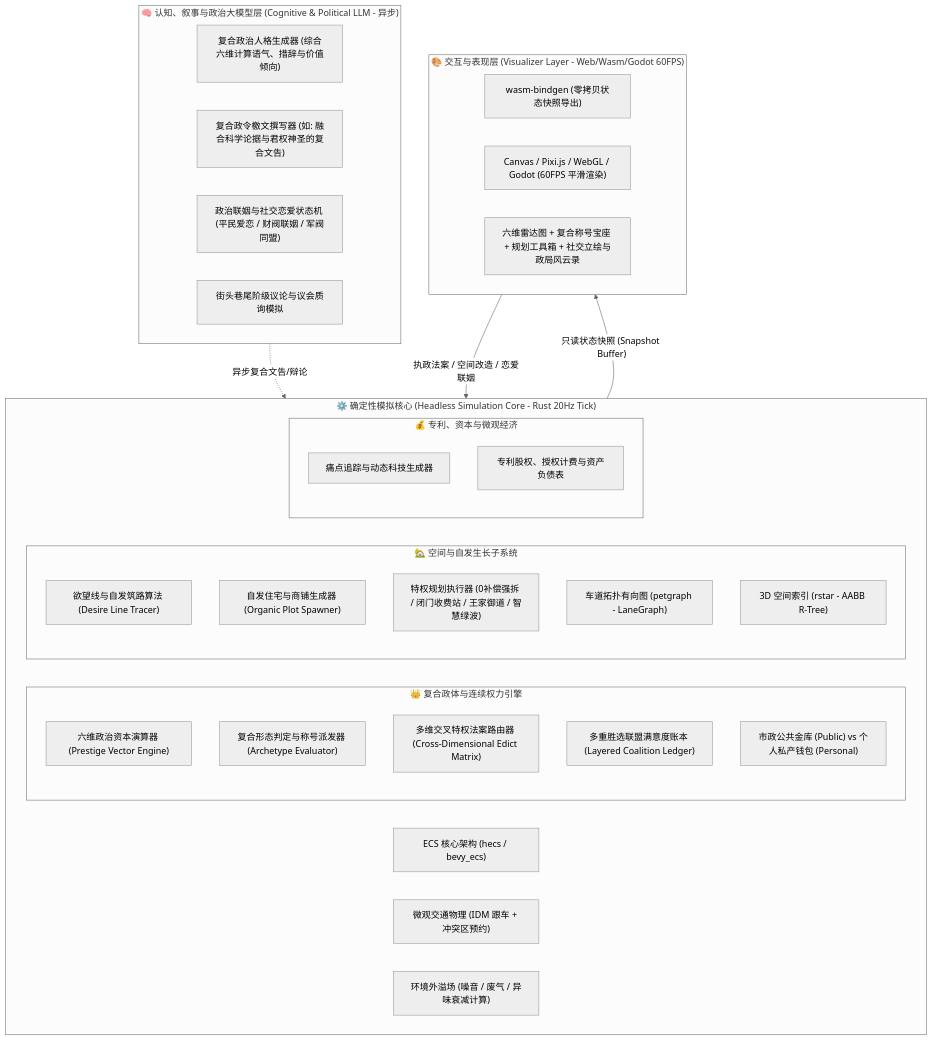
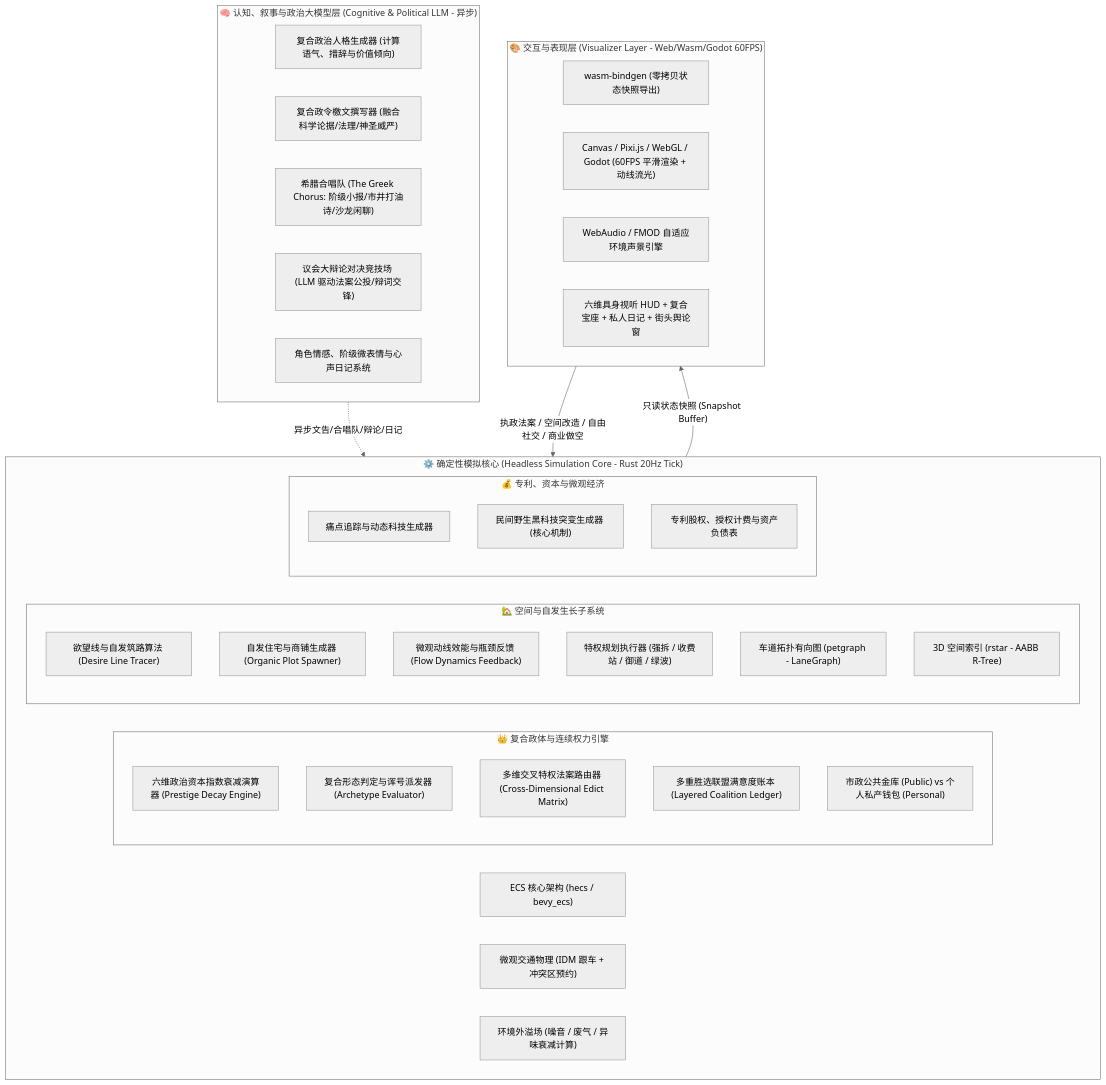
Before and after one commit to g39088902/FlowAndAccord: the seventh of 9 diagrams in PLAN.md, drawn with Mermaid (neutral theme). The commit also changed other lines of this file and 16 other files, not shown here.

Commit message:
feat(sim_core, frontend): implement 3D spatial engine, tilted terrain (±30m), and covert road/agent mechanics

````diff
--- a/PLAN.md
+++ b/PLAN.md
@@ -240,47 +289,51 @@
 ```mermaid
 graph TB
     subgraph Cognitive ["🧠 认知、叙事与政治大模型层 (Cognitive & Political LLM - 异步)"]
-        LLMProfile["复合政治人格生成器 (综合六维计算语气、措辞与价值倾向)"]
-        EdictNarrator["复合政令檄文撰写器 (如: 融合科学论据与君权神圣的复合文告)"]
-        DynasticRomance["政治联姻与社交恋爱状态机 (平民爱恋 / 财阀联姻 / 军阀同盟)"]
-        DiscourseSimulator["街头巷尾阶级议论与议会质询模拟"]
+        LLMProfile["复合政治人格生成器 (计算语气、措辞与价值倾向)"]
+        EdictNarrator["复合政令檄文撰写器 (融合科学论据/法理/神圣威严)"]
+        GreekChorus["希腊合唱队 (The Greek Chorus: 阶级小报/市井打油诗/沙龙闲聊)"]
+        ParliamentaryArena["议会大辩论对决竞技场 (LLM 驱动法案公投/辩词交锋)"]
+        DynasticRomance["角色情感、阶级微表情与心声日记系统"]
     end
 
     subgraph Core ["⚙️ 确定性模拟核心 (Headless Simulation Core - Rust 20Hz Tick)"]
         ECS["ECS 核心架构 (hecs / bevy_ecs)"]
         
         subgraph HybridPoliticalCore ["👑 复合政体与连续权力引擎"]
-            PrestigeVectorEngine["六维政治资本演算器 (Prestige Vector Engine)"]
-            ArchetypeEvaluator["复合形态判定与称号派发器 (Archetype Evaluator)"]
+            PrestigeVectorEngine["六维政治资本指数衰减演算器 (Prestige Decay Engine)"]
+            ArchetypeEvaluator["复合形态判定与诨号派发器 (Archetype Evaluator)"]
             EdictUnlockMatrix["多维交叉特权法案路由器 (Cross-Dimensional Edict Matrix)"]
             CoalitionLedger["多重胜选联盟满意度账本 (Layered Coalition Ledger)"]
             DualTreasury["市政公共金库 (Public) vs 个人私产钱包 (Personal)"]
         end
 
         subgraph SpatialCore ["🏡 空间与自发生长子系统"]
             DesireLine["欲望线与自发筑路算法 (Desire Line Tracer)"]
             OrganicBuild["自发住宅与商铺生成器 (Organic Plot Spawner)"]
-            EdictPlanner["特权规划执行器 (0补偿强拆 / 闭门收费站 / 王家御道 / 智慧绿波)"]
+            FlowDynamics["微观动线效能与瓶颈反馈 (Flow Dynamics Feedback)"]
+            EdictPlanner["特权规划执行器 (强拆 / 收费站 / 御道 / 绿波)"]
             Topology["车道拓扑有向图 (petgraph - LaneGraph)"]
             SpatialIndex["3D 空间索引 (rstar - AABB R-Tree)"]
         end
 
         subgraph EconomySubsystem ["💰 专利、资本与微观经济"]
             PainTracker["痛点追踪与动态科技生成器"]
+            WildPatentSpawner["民间野生黑科技突变生成器 (核心机制)"]
             PatentRegistry["专利股权、授权计费与资产负债表"]
         end
 
         Physics["微观交通物理 (IDM 跟车 + 冲突区预约)"]
         Field["环境外溢场 (噪音 / 废气 / 异味衰减计算)"]
     end
 
     subgraph Presentation ["🎨 交互与表现层 (Visualizer Layer - Web/Wasm/Godot 60FPS)"]
         Wasm["wasm-bindgen (零拷贝状态快照导出)"]
-        Renderer["Canvas / Pixi.js / WebGL / Godot (60FPS 平滑渲染)"]
-        UI["六维雷达图 + 复合称号宝座 + 规划工具箱 + 社交立绘与政局风云录"]
+        Renderer["Canvas / Pixi.js / WebGL / Godot (60FPS 平滑渲染 + 动线流光)"]
+        AudioEngine["WebAudio / FMOD 自适应环境声景引擎"]
+        UI["六维具身视听 HUD + 复合宝座 + 私人日记 + 街头舆论窗"]
     end
 
-    Cognitive -.->|"异步复合文告/辩论"| Core
+    Cognitive -.->|"异步文告/合唱队/辩论/日记"| Core
     Core -->|"只读状态快照 (Snapshot Buffer)"| Presentation
-    Presentation -->|"执政法案 / 空间改造 / 恋爱联姻"| Core
+    Presentation -->|"执政法案 / 空间改造 / 自由社交 / 商业做空"| Core
 ```
````
